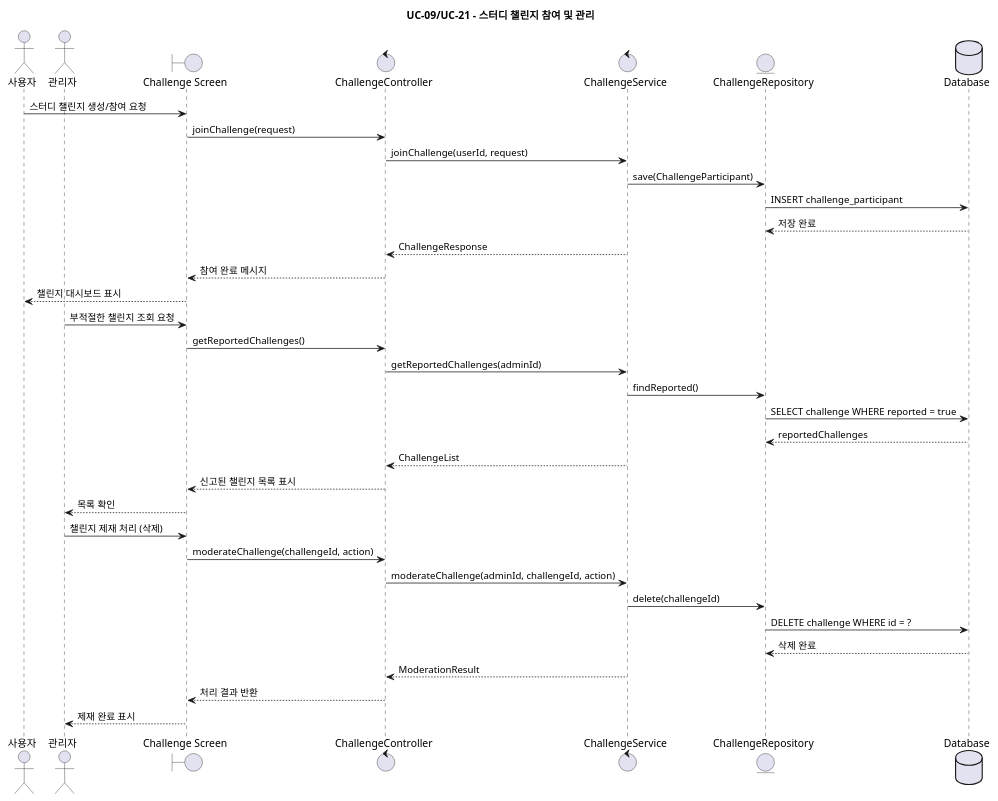
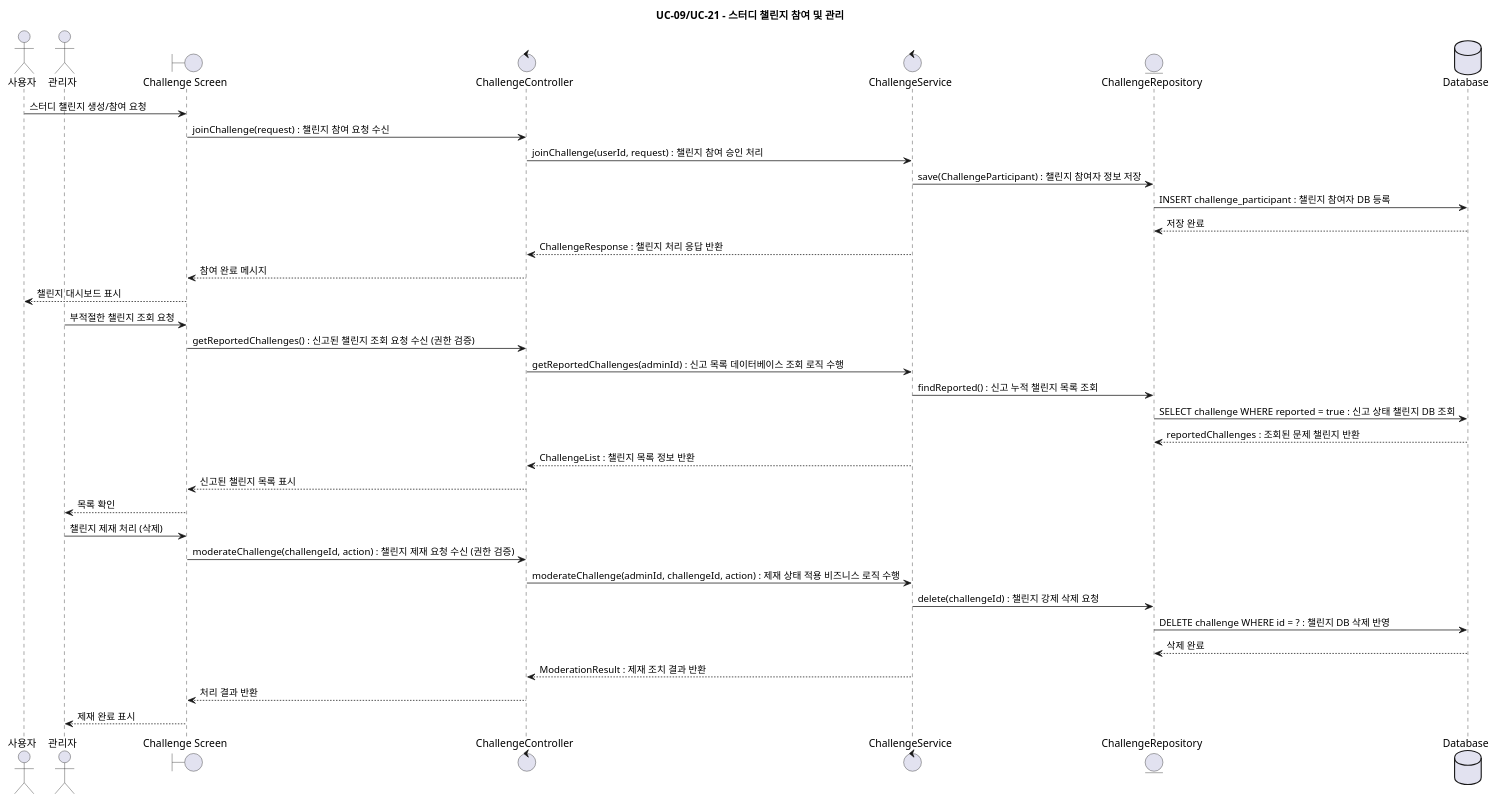
Before and after one commit to jeongiryang/SoftwareEngineering_team15_project_-Smart-Edu-Platform: the sixth of 15 diagrams in docs/design/plantuml/sequence-diagrams.puml, drawn with PlantUML. The commit also changed other lines of this file and 18 other files, not shown here.

```diff
--- a/docs/design/plantuml/sequence-diagrams.puml
+++ b/docs/design/plantuml/sequence-diagrams.puml
@@ -198,41 +198,41 @@
 @startuml UC09-21_StudyChallenge
 title UC-09/UC-21 - 스터디 챌린지 참여 및 관리
 
 actor "사용자" as User
 actor "관리자" as Admin
 boundary "Challenge Screen" as UI
 control "ChallengeController" as ChallengeController
 control "ChallengeService" as ChallengeService
 entity "ChallengeRepository" as ChallengeRepository
 database "Database" as DB
 
 User -> UI: 스터디 챌린지 생성/참여 요청
-UI -> ChallengeController: joinChallenge(request)
-ChallengeController -> ChallengeService: joinChallenge(userId, request)
-ChallengeService -> ChallengeRepository: save(ChallengeParticipant)
-ChallengeRepository -> DB: INSERT challenge_participant
+UI -> ChallengeController: joinChallenge(request) : 챌린지 참여 요청 수신
+ChallengeController -> ChallengeService: joinChallenge(userId, request) : 챌린지 참여 승인 처리
+ChallengeService -> ChallengeRepository: save(ChallengeParticipant) : 챌린지 참여자 정보 저장
+ChallengeRepository -> DB: INSERT challenge_participant : 챌린지 참여자 DB 등록
 DB --> ChallengeRepository: 저장 완료
-ChallengeService --> ChallengeController: ChallengeResponse
+ChallengeService --> ChallengeController: ChallengeResponse : 챌린지 처리 응답 반환
 ChallengeController --> UI: 참여 완료 메시지
 UI --> User: 챌린지 대시보드 표시
 
 Admin -> UI: 부적절한 챌린지 조회 요청
-UI -> ChallengeController: getReportedChallenges()
-ChallengeController -> ChallengeService: getReportedChallenges(adminId)
-ChallengeService -> ChallengeRepository: findReported()
-ChallengeRepository -> DB: SELECT challenge WHERE reported = true
-DB --> ChallengeRepository: reportedChallenges
-ChallengeService --> ChallengeController: ChallengeList
+UI -> ChallengeController: getReportedChallenges() : 신고된 챌린지 조회 요청 수신 (권한 검증)
+ChallengeController -> ChallengeService: getReportedChallenges(adminId) : 신고 목록 데이터베이스 조회 로직 수행
+ChallengeService -> ChallengeRepository: findReported() : 신고 누적 챌린지 목록 조회
+ChallengeRepository -> DB: SELECT challenge WHERE reported = true : 신고 상태 챌린지 DB 조회
+DB --> ChallengeRepository: reportedChallenges : 조회된 문제 챌린지 반환
+ChallengeService --> ChallengeController: ChallengeList : 챌린지 목록 정보 반환
 ChallengeController --> UI: 신고된 챌린지 목록 표시
 UI --> Admin: 목록 확인
 
 Admin -> UI: 챌린지 제재 처리 (삭제)
-UI -> ChallengeController: moderateChallenge(challengeId, action)
-ChallengeController -> ChallengeService: moderateChallenge(adminId, challengeId, action)
-ChallengeService -> ChallengeRepository: delete(challengeId)
-ChallengeRepository -> DB: DELETE challenge WHERE id = ?
+UI -> ChallengeController: moderateChallenge(challengeId, action) : 챌린지 제재 요청 수신 (권한 검증)
+ChallengeController -> ChallengeService: moderateChallenge(adminId, challengeId, action) : 제재 상태 적용 비즈니스 로직 수행
+ChallengeService -> ChallengeRepository: delete(challengeId) : 챌린지 강제 삭제 요청
+ChallengeRepository -> DB: DELETE challenge WHERE id = ? : 챌린지 DB 삭제 반영
 DB --> ChallengeRepository: 삭제 완료
-ChallengeService --> ChallengeController: ModerationResult
+ChallengeService --> ChallengeController: ModerationResult : 제재 조치 결과 반환
 ChallengeController --> UI: 처리 결과 반환
 UI --> Admin: 제재 완료 표시
 @enduml
```
